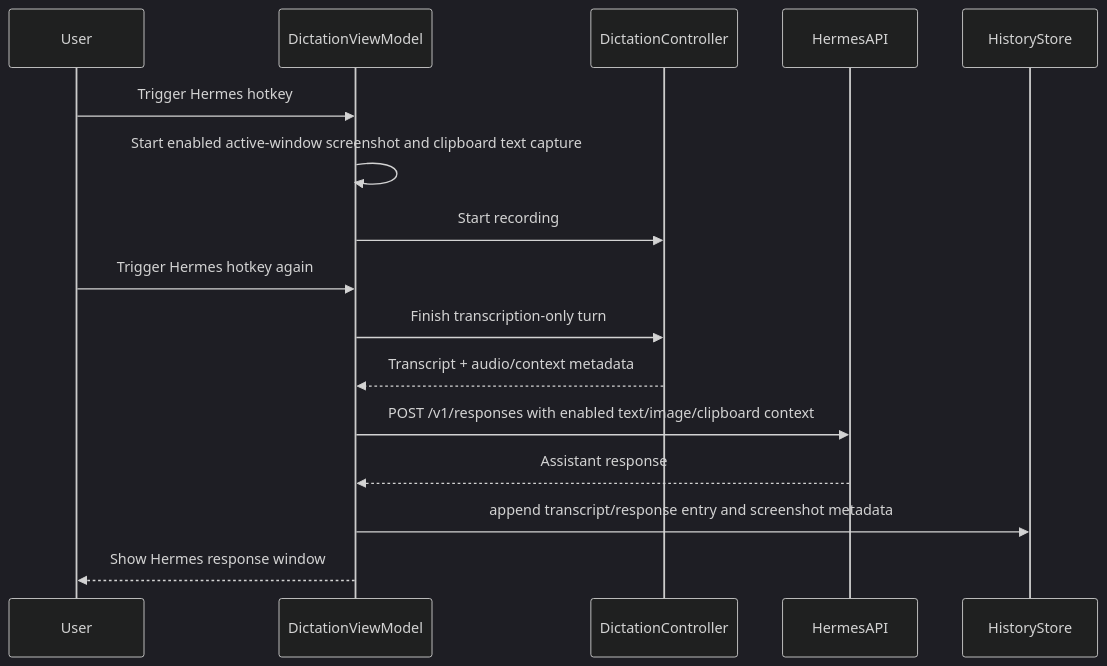
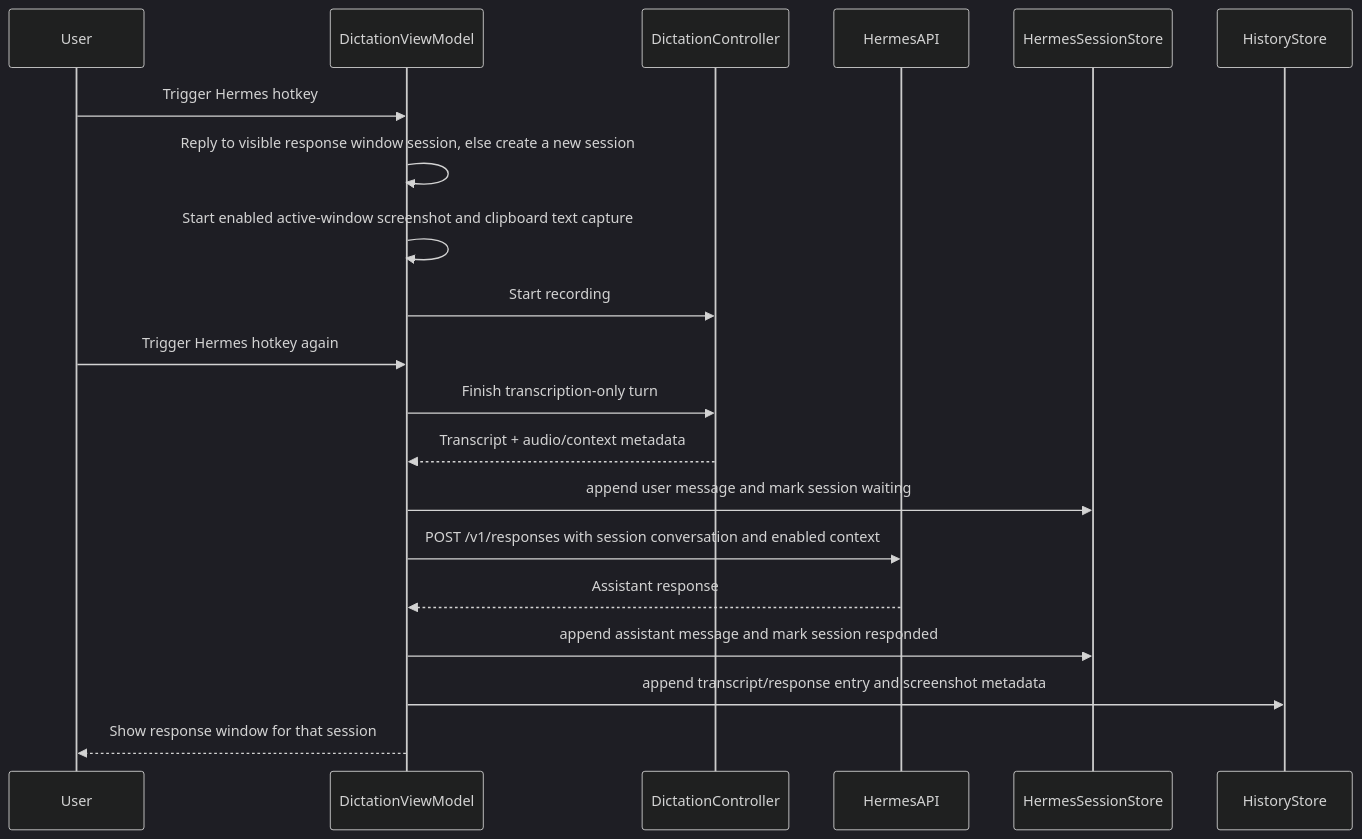
One commit to dkapo88/WonderWhisper-macOS changed diagram 12 of 12 in datamodel.md. Above: the diagram before and after it, drawn with Mermaid (dark theme). The commit also changed other lines of this file and 13 other files, not shown here.

````diff
--- a/datamodel.md
+++ b/datamodel.md
@@ -593,19 +617,23 @@
 ```mermaid
 sequenceDiagram
     participant User
     participant DictationViewModel
     participant DictationController
     participant HermesAPI
+    participant HermesSessionStore
     participant HistoryStore
 
     User->>DictationViewModel: Trigger Hermes hotkey
+    DictationViewModel->>DictationViewModel: Reply to visible response window session, else create a new session
     DictationViewModel->>DictationViewModel: Start enabled active-window screenshot and clipboard text capture
     DictationViewModel->>DictationController: Start recording
     User->>DictationViewModel: Trigger Hermes hotkey again
     DictationViewModel->>DictationController: Finish transcription-only turn
     DictationController-->>DictationViewModel: Transcript + audio/context metadata
-    DictationViewModel->>HermesAPI: POST /v1/responses with enabled text/image/clipboard context
+    DictationViewModel->>HermesSessionStore: append user message and mark session waiting
+    DictationViewModel->>HermesAPI: POST /v1/responses with session conversation and enabled context
     HermesAPI-->>DictationViewModel: Assistant response
+    DictationViewModel->>HermesSessionStore: append assistant message and mark session responded
     DictationViewModel->>HistoryStore: append transcript/response entry and screenshot metadata
-    DictationViewModel-->>User: Show Hermes response window
+    DictationViewModel-->>User: Show response window for that session
 ```
````
